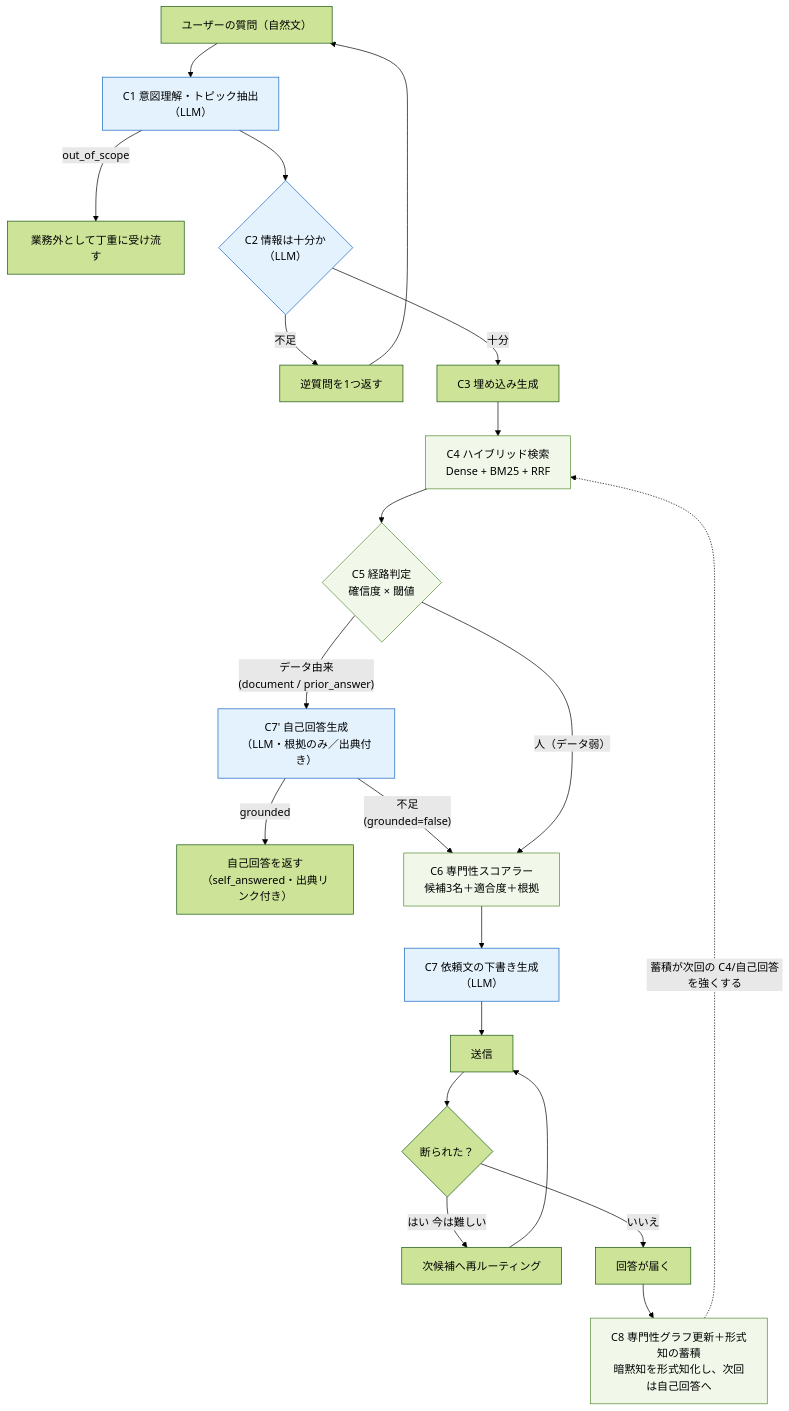
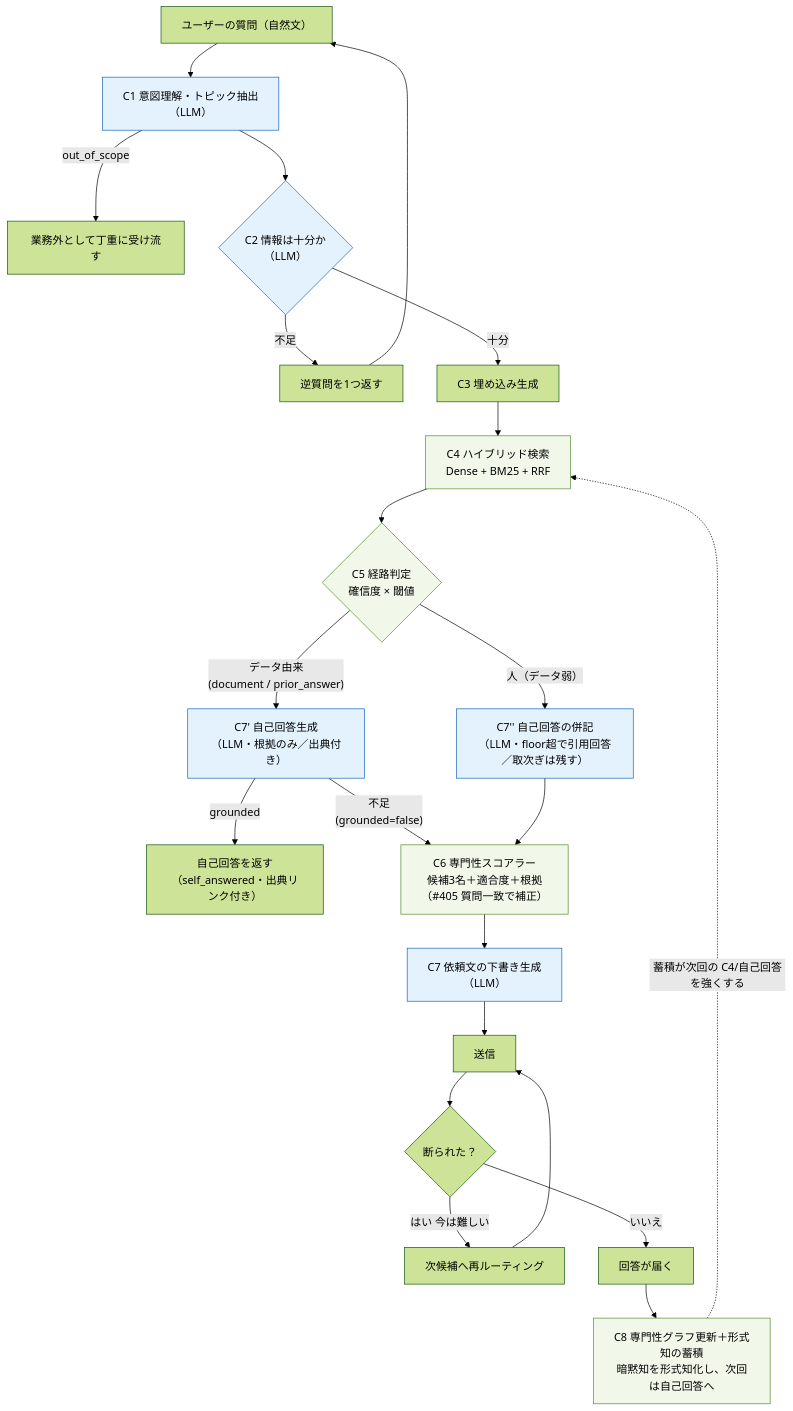
One commit to shiyow5/TEKIJIN changed the first of 4 diagrams in docs/specs/model-definition.md. Above: the diagram before and after it, drawn with Mermaid (forest theme). The commit also changed other lines of this file and 4 other files, not shown here.

````diff
--- a/docs/specs/model-definition.md
+++ b/docs/specs/model-definition.md
@@ -59,25 +69,26 @@
 ```mermaid
 flowchart TD
   Q["ユーザーの質問（自然文）"] --> C1["C1 意図理解・トピック抽出<br/>（LLM）"]
   C1 -->|out_of_scope| X["業務外として丁重に受け流す"]
   C1 --> C2{"C2 情報は十分か<br/>（LLM）"}
   C2 -->|不足| FQ["逆質問を1つ返す"] --> Q
   C2 -->|十分| C3["C3 埋め込み生成"] --> C4["C4 ハイブリッド検索<br/>Dense + BM25 + RRF"]
   C4 --> C5{"C5 経路判定<br/>確信度 × 閾値"}
   C5 -->|"データ由来<br/>(document / prior_answer)"| SA["C7' 自己回答生成<br/>（LLM・根拠のみ／出典付き）"]
   SA -->|grounded| SANS["自己回答を返す<br/>（self_answered・出典リンク付き）"]
   SA -->|"不足<br/>(grounded=false)"| C6
-  C5 -->|"人（データ弱）"| C6["C6 専門性スコアラー<br/>候補3名＋適合度＋根拠"]
+  C5 -->|"人（データ弱）"| ADD["C7'' 自己回答の併記<br/>（LLM・floor超で引用回答／取次ぎは残す）"]
+  ADD --> C6["C6 専門性スコアラー<br/>候補3名＋適合度＋根拠<br/>（#405 質問一致で補正）"]
   C6 --> C7["C7 依頼文の下書き生成<br/>（LLM）"]
   C7 --> SEND["送信"]
   SEND --> DEC{"断られた？"}
   DEC -->|はい 今は難しい| NEXT["次候補へ再ルーティング"] --> SEND
   DEC -->|いいえ| ANS["回答が届く"]
   ANS --> C8["C8 専門性グラフ更新＋形式知の蓄積<br/>暗黙知を形式知化し、次回は自己回答へ"]
   C8 -.->|"蓄積が次回の C4/自己回答を強くする"| C4
 
   classDef llm fill:#e3f2fd,stroke:#1565c0;
   classDef det fill:#f1f8e9,stroke:#558b2f;
-  class C1,C2,C7,SA llm;
+  class C1,C2,C7,SA,ADD llm;
   class C4,C5,C6,C8 det;
 ```
````
